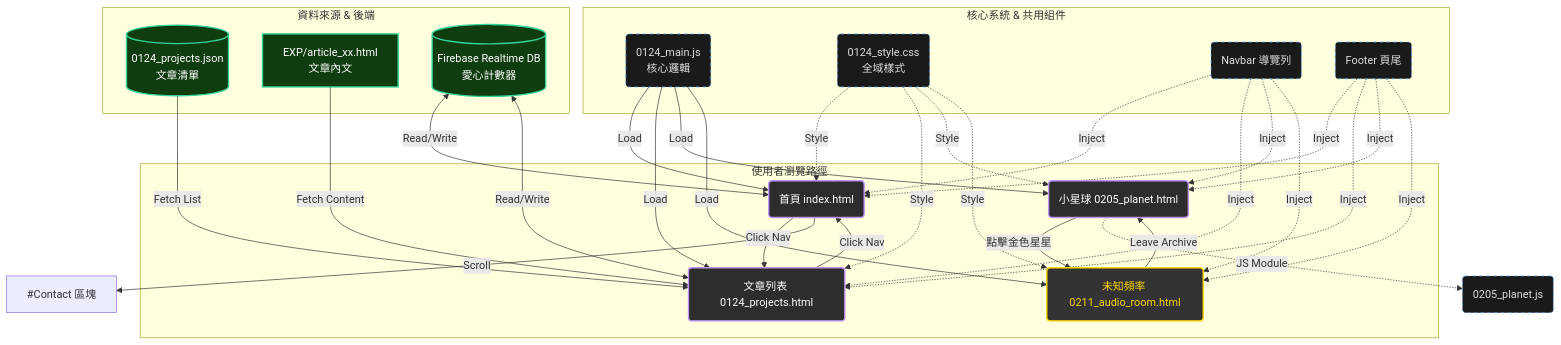
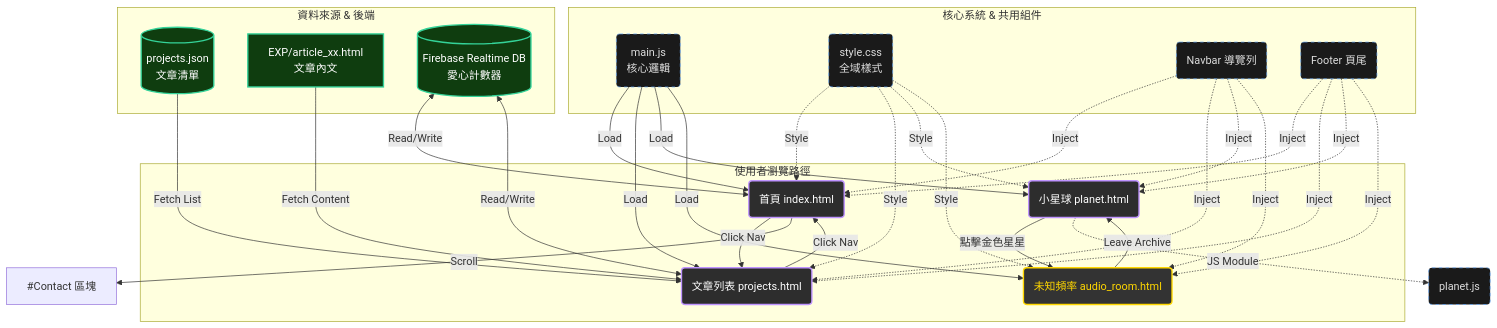
Before and after one commit to GHOST8787/blog: the diagram in structuer.mmd, drawn with Mermaid. The commit also changed 67 other files, not shown here.

First line of the commit message:
Phase 2: 檔案重命名、圖片壓縮 WebP、SEO 優化

```diff
--- a/structuer.mmd
+++ b/structuer.mmd
@@ -1,55 +1,55 @@
 graph TD
     %% 定義樣式
     classDef page fill:#2d2d2d,stroke:#BF94FF,stroke-width:2px,color:#fff;
     classDef component fill:#1a1a1a,stroke:#60A5FA,stroke-width:1px,color:#ddd,stroke-dasharray: 5 5;
     classDef data fill:#0f3d0f,stroke:#34D399,stroke-width:2px,color:#fff;
     classDef hidden fill:#333,stroke:#FFD700,stroke-width:2px,color:#FFD700;
 
     subgraph User_Flow [使用者瀏覽路徑]
         Home(首頁 index.html):::page
-        Article(文章列表 0124_projects.html):::page
-        Planet(小星球 0205_planet.html):::page
-        Audio(未知頻率 0211_audio_room.html):::hidden
+        Article(文章列表 projects.html):::page
+        Planet(小星球 planet.html):::page
+        Audio(未知頻率 audio_room.html):::hidden
     end
 
     subgraph Core_System [核心系統 & 共用組件]
-        MainJS(0124_main.js<br>核心邏輯):::component
-        Style(0124_style.css<br>全域樣式):::component
+        MainJS(main.js<br>核心邏輯):::component
+        Style(style.css<br>全域樣式):::component
         Navbar(Navbar 導覽列):::component
         Footer(Footer 頁尾):::component
     end
 
     subgraph Data_Source [資料來源 & 後端]
-        JSON[(0124_projects.json<br>文章清單)]:::data
+        JSON[(projects.json<br>文章清單)]:::data
         Articles_HTML[EXP/article_xx.html<br>文章內文]:::data
         Firebase[(Firebase Realtime DB<br>愛心計數器)]:::data
     end
 
     %% 頁面與組件關係 (所有頁面都載入這些)
     MainJS -->|Load| Home
     MainJS -->|Load| Article
     MainJS -->|Load| Planet
     MainJS -->|Load| Audio
     Style -.->|Style| Home & Article & Planet & Audio
     Navbar -.->|Inject| Home & Article & Planet & Audio
     Footer -.->|Inject| Home & Article & Planet & Audio
 
     %% 導覽與跳轉邏輯
     Home -->|Click Nav| Article
     Home -->|Scroll| Contact_Section[#Contact 區塊]
     
     %% Article 頁面邏輯
     Article -->|Click Nav| Home
     JSON -->|Fetch List| Article
     Articles_HTML -->|Fetch Content| Article
     
     %% Firebase 連線
     Firebase <-->|Read/Write| Home
     Firebase <-->|Read/Write| Article
 
     %% 隱藏/彩蛋路徑
     Planet -->|點擊金色星星| Audio
     Audio -->|Leave Archive| Planet
     
     %% 註解連線
-    Planet -.->|JS Module| PlanetScript(0205_planet.js):::component
+    Planet -.->|JS Module| PlanetScript(planet.js):::component
```
